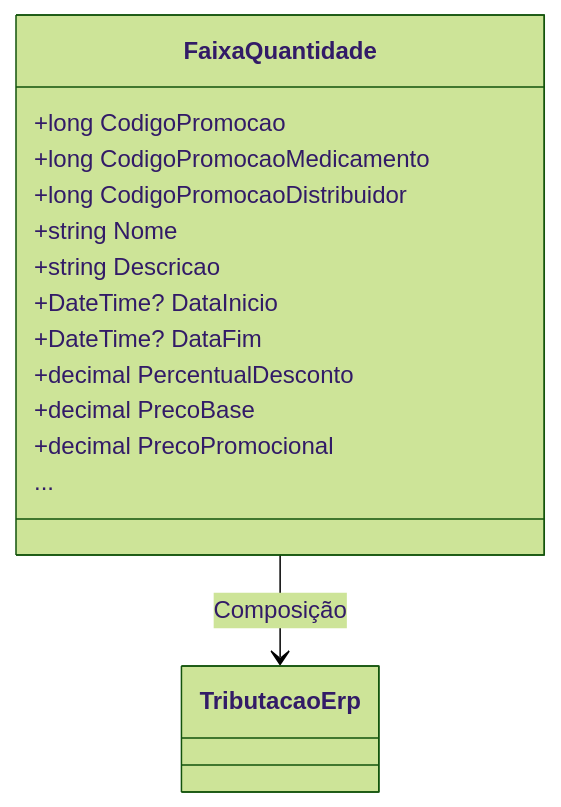
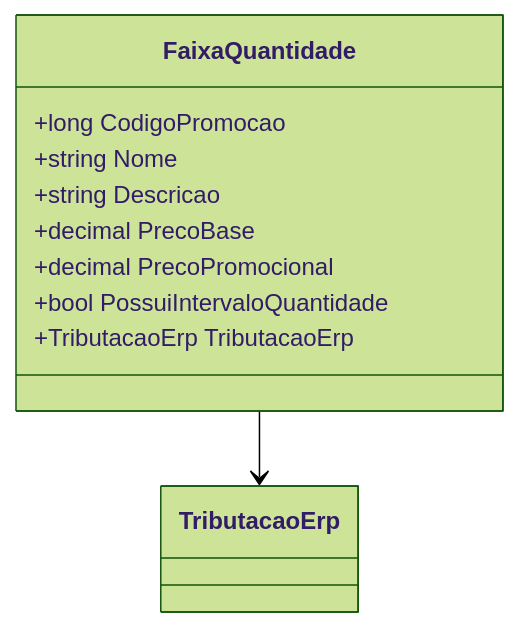
One commit to IsthmusSistemas/documentacao-tecnica changed the second of 2 diagrams in docs/b2b-dominio/IsthmusWinthor.Nucleo/IsthmusWinthor.Dominio/POCO/Precos/FaixaQuantidade.md. Above: the diagram before and after it, drawn with Mermaid (forest theme). The commit also changed other lines of this file and 882 other files, not shown here.

````diff
--- a/docs/b2b-dominio/IsthmusWinthor.Nucleo/IsthmusWinthor.Dominio/POCO/Precos/FaixaQuantidade.md
+++ b/docs/b2b-dominio/IsthmusWinthor.Nucleo/IsthmusWinthor.Dominio/POCO/Precos/FaixaQuantidade.md
@@ -68,17 +69,14 @@
 ```mermaid
 classDiagram
     class FaixaQuantidade {
         +long CodigoPromocao
-        +long CodigoPromocaoMedicamento
-        +long CodigoPromocaoDistribuidor
         +string Nome
         +string Descricao
-        +DateTime? DataInicio
-        +DateTime? DataFim
-        +decimal PercentualDesconto
         +decimal PrecoBase
         +decimal PrecoPromocional
-        ...
+        +bool PossuiIntervaloQuantidade
+        +TributacaoErp TributacaoErp
     }
-    FaixaQuantidade --> TributacaoErp : Composição
-``` 
+    
+    FaixaQuantidade --> TributacaoErp
+```
````
